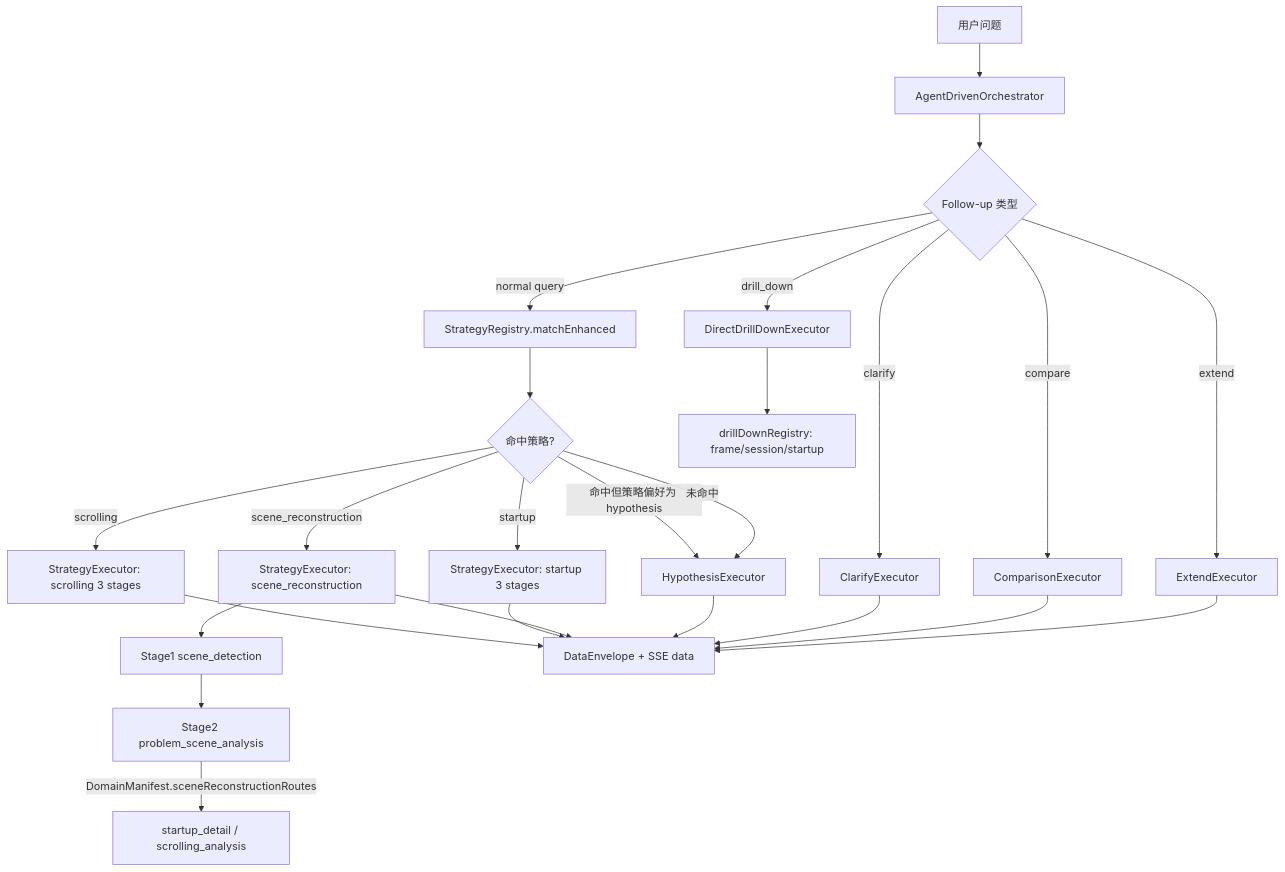
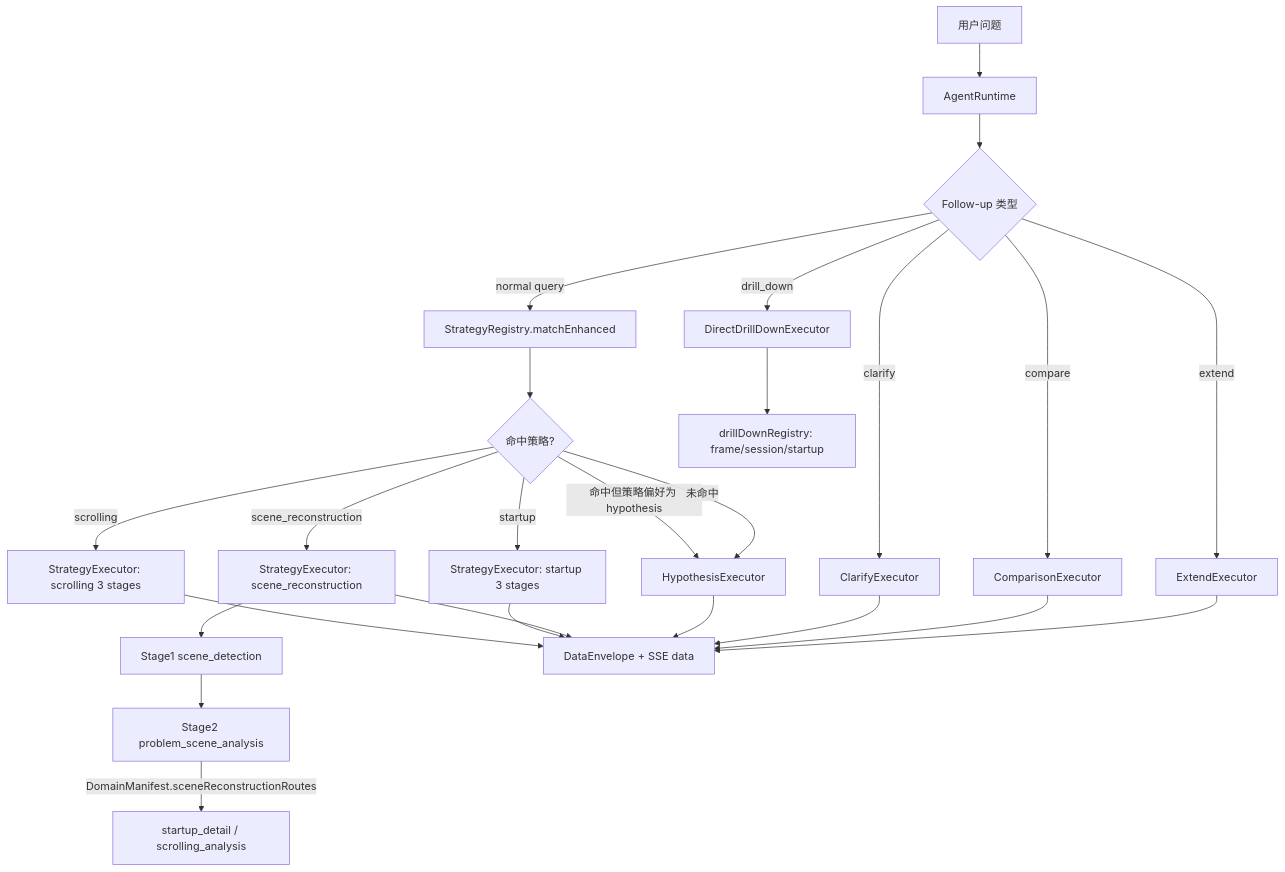
One commit to eytb2/SmartPerfetto changed the first of 2 diagrams in docs/ARCHITECTURE.md. Above: the diagram before and after it, drawn with Mermaid. The commit also changed other lines of this file and 144 other files, not shown here.

Commit message:
feat(agent): migrate to AgentRuntime and expand analysis coverage

````diff
--- a/docs/ARCHITECTURE.md
+++ b/docs/ARCHITECTURE.md
@@ -66,32 +66,32 @@
 ```mermaid
 flowchart TD
-    A[用户问题] --> B[AgentDrivenOrchestrator]
+    A[用户问题] --> B[AgentRuntime]
     B --> C{Follow-up 类型}
 
     C -->|clarify| C1[ClarifyExecutor]
     C -->|compare| C2[ComparisonExecutor]
     C -->|extend| C3[ExtendExecutor]
     C -->|drill_down| D[DirectDrillDownExecutor]
     C -->|normal query| E[StrategyRegistry.matchEnhanced]
 
     E --> F{命中策略?}
     F -->|命中但策略偏好为 hypothesis| J
     F -->|scrolling| G[StrategyExecutor: scrolling 3 stages]
     F -->|startup| H[StrategyExecutor: startup 3 stages]
     F -->|scene_reconstruction| I[StrategyExecutor: scene_reconstruction]
     F -->|未命中| J[HypothesisExecutor]
 
     I --> K[Stage1 scene_detection]
     K --> L[Stage2 problem_scene_analysis]
     L -->|DomainManifest.sceneReconstructionRoutes| M[startup_detail / scrolling_analysis]
 
     D --> O[drillDownRegistry: frame/session/startup]
 
     G --> P[DataEnvelope + SSE data]
     H --> P
     I --> P
     J --> P
     C1 --> P
     C2 --> P
     C3 --> P
 ```
````
